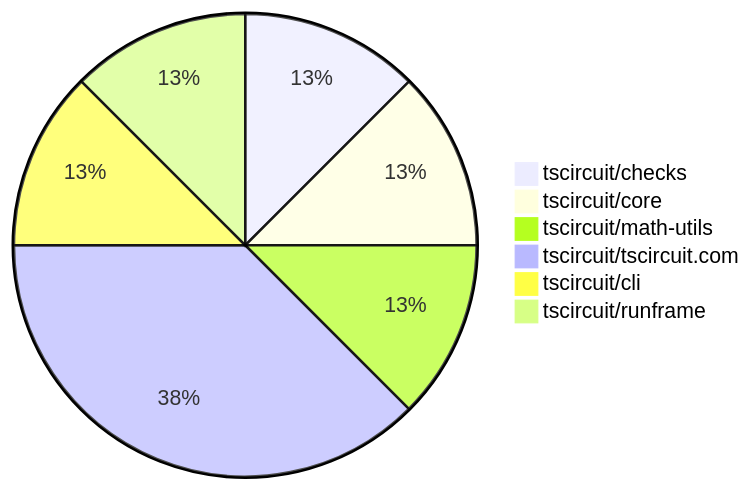
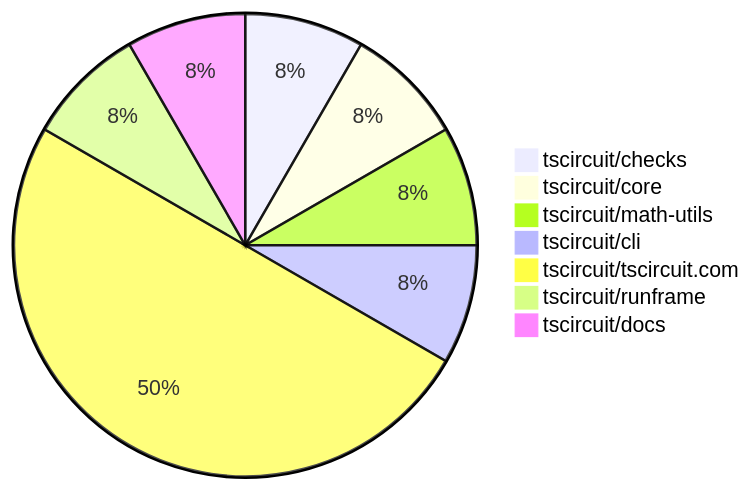
Before and after one commit to tscircuit/contribution-tracker: the diagram in contribution-overviews/2025-04-23.md, drawn with Mermaid. The commit also changed other lines of this file and 3 other files, not shown here.

````diff
--- a/contribution-overviews/2025-04-23.md
+++ b/contribution-overviews/2025-04-23.md
@@ -5,9 +5,10 @@
 ```mermaid
 pie
     "tscircuit/checks" : 1
     "tscircuit/core" : 1
     "tscircuit/math-utils" : 1
-    "tscircuit/tscircuit.com" : 3
     "tscircuit/cli" : 1
+    "tscircuit/tscircuit.com" : 6
     "tscircuit/runframe" : 1
+    "tscircuit/docs" : 1
 ```
````
